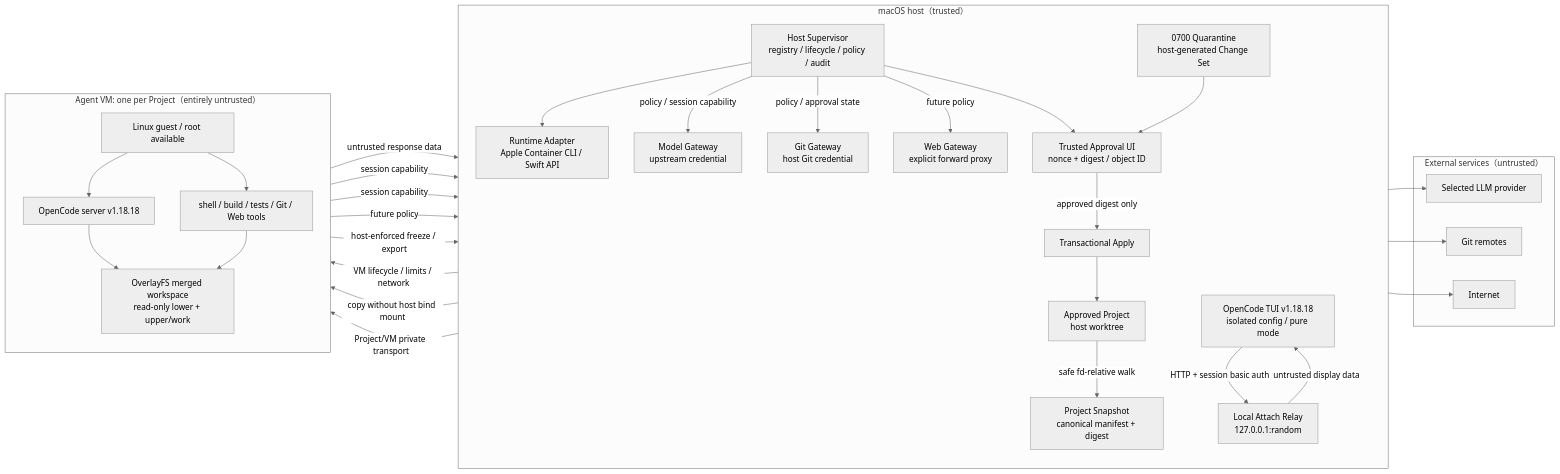
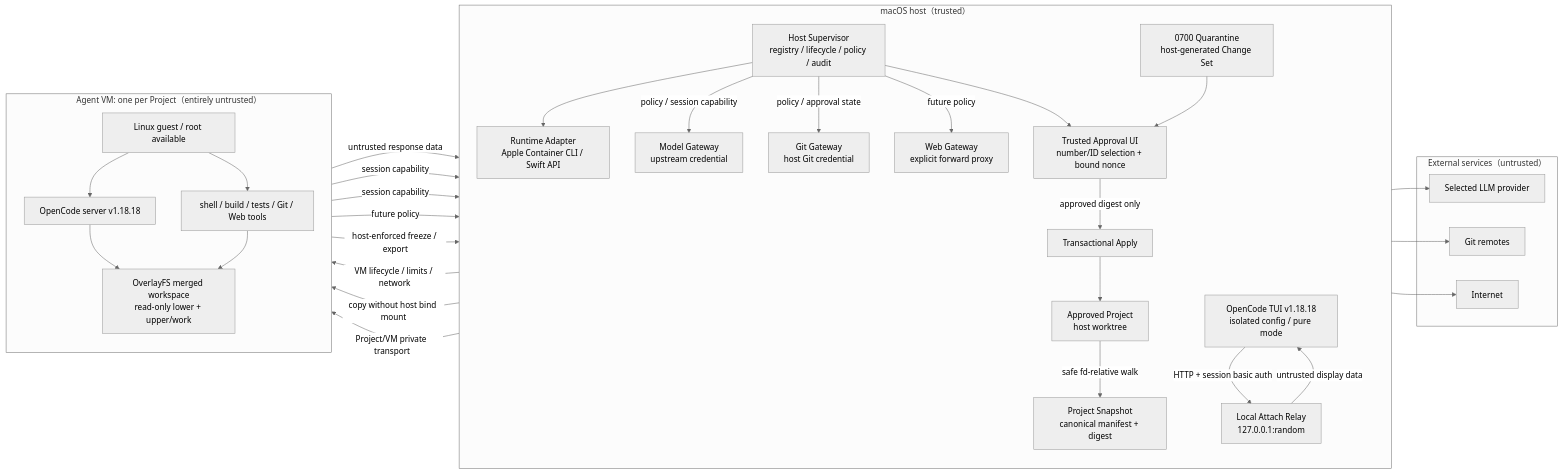
Before and after one commit to Haruka-127/sunaba: the first of 4 diagrams in docs/plan/sunaba-secure-agent-platform.md, drawn with Mermaid (neutral theme). The commit also changed other lines of this file and 2 other files, not shown here.

````diff
--- a/docs/plan/sunaba-secure-agent-platform.md
+++ b/docs/plan/sunaba-secure-agent-platform.md
@@ -220,59 +220,59 @@
 ```mermaid
 flowchart LR
     subgraph HOST["macOS host（trusted）"]
         direction TB
         Project["Approved Project<br/>host worktree"]
         Snapshot["Project Snapshot<br/>canonical manifest + digest"]
         Supervisor["Host Supervisor<br/>registry / lifecycle / policy / audit"]
         Runtime["Runtime Adapter<br/>Apple Container CLI / Swift API"]
         TUI["OpenCode TUI v1.18.18<br/>isolated config / pure mode"]
         Relay["Local Attach Relay<br/>127.0.0.1:random"]
         ModelGW["Model Gateway<br/>upstream credential"]
         GitGW["Git Gateway<br/>host Git credential"]
         WebGW["Web Gateway<br/>explicit forward proxy"]
         Quarantine["0700 Quarantine<br/>host-generated Change Set"]
-        Approval["Trusted Approval UI<br/>nonce + digest / object ID"]
+        Approval["Trusted Approval UI<br/>number/ID selection + bound nonce"]
         Apply["Transactional Apply"]
     end
 
     subgraph GUEST["Agent VM: one per Project（entirely untrusted）"]
         direction TB
         GuestOS["Linux guest / root available"]
         Server["OpenCode server v1.18.18"]
         Tools["shell / build / tests / Git / Web tools"]
         Workspace["OverlayFS merged workspace<br/>read-only lower + upper/work"]
         GuestOS --> Server
         GuestOS --> Tools
         Server --> Workspace
         Tools --> Workspace
     end
 
     subgraph EXTERNAL["External services（untrusted）"]
         LLM["Selected LLM provider"]
         GitRemote["Git remotes"]
         Internet["Internet"]
     end
 
     Supervisor --> Runtime
     Runtime -->|VM lifecycle / limits / network| GuestOS
     Project -->|safe fd-relative walk| Snapshot
     Snapshot -->|copy without host bind mount| Workspace
     Supervisor -->|policy / session capability| ModelGW
     Supervisor -->|policy / approval state| GitGW
     Supervisor -->|future policy| WebGW
     Supervisor --> Approval
     TUI -->|HTTP + session basic auth| Relay
     Relay -->|Project/VM private transport| Server
     Server -->|untrusted response data| Relay
     Relay -->|untrusted display data| TUI
     Server -->|session capability| ModelGW
     Tools -->|session capability| GitGW
     Tools -->|future policy| WebGW
     ModelGW --> LLM
     GitGW --> GitRemote
     WebGW --> Internet
     Workspace -->|host-enforced freeze / export| Quarantine
     Quarantine --> Approval
     Approval -->|approved digest only| Apply
     Apply --> Project
 ```
````
